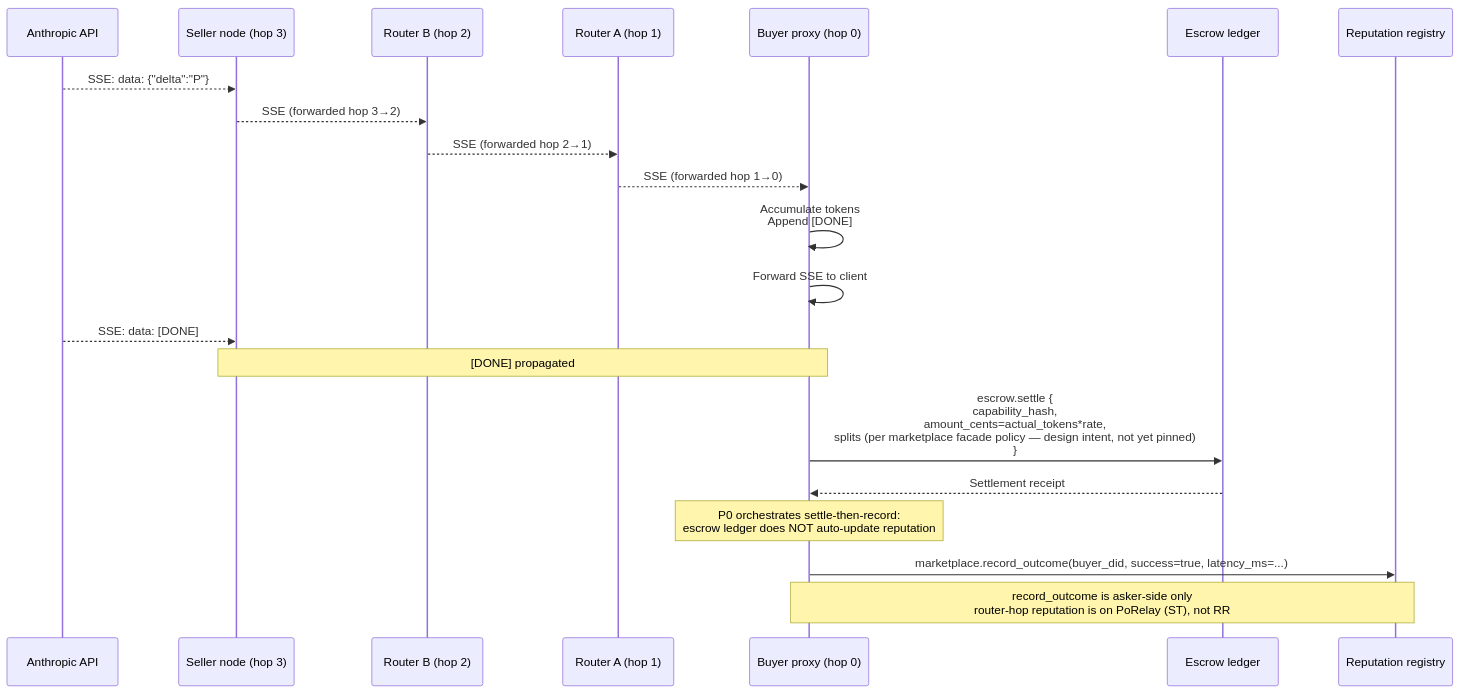
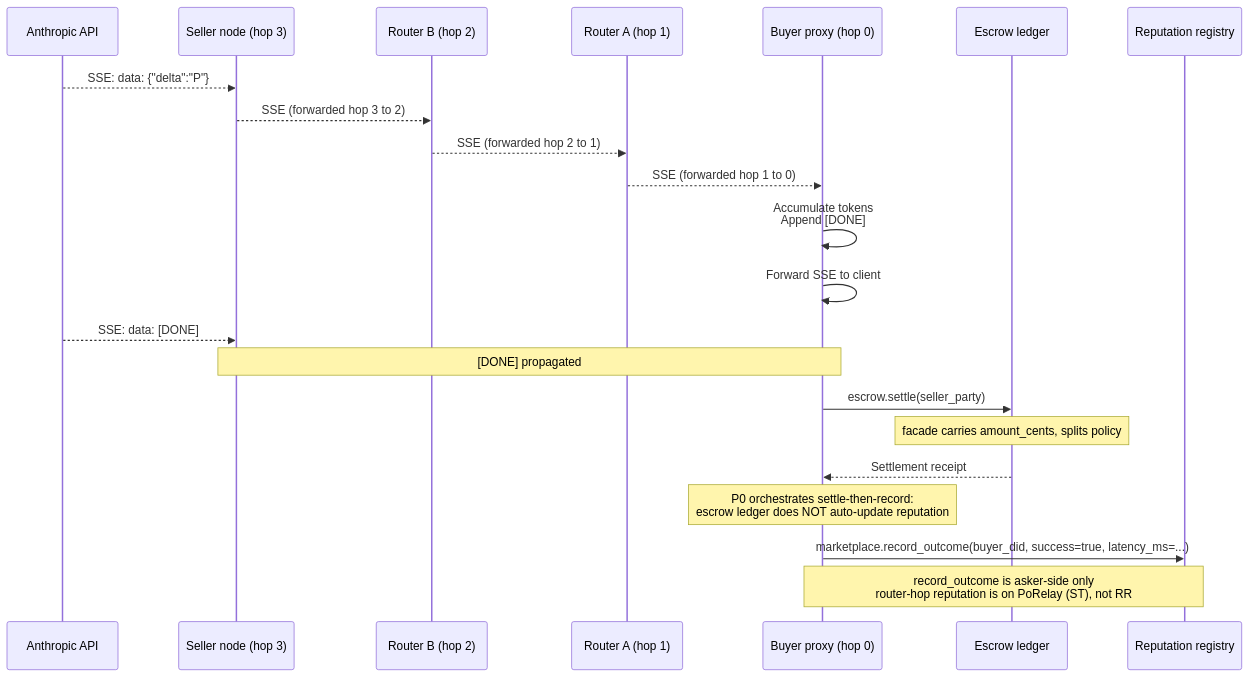
Before and after one commit to CipherOcto/cipherocto: the tenth of 14 diagrams in docs/architecture/end-to-end-scenarios.md, drawn with Mermaid. The commit also changed other lines of this file, not shown here.

````diff
--- a/docs/architecture/end-to-end-scenarios.md
+++ b/docs/architecture/end-to-end-scenarios.md
@@ -431,26 +432,27 @@
 ```mermaid
 sequenceDiagram
     participant ANT as Anthropic API
     participant SN as Seller node (hop 3)
     participant P2 as Router B (hop 2)
     participant P1 as Router A (hop 1)
     participant P0 as Buyer proxy (hop 0)
     participant E as Escrow ledger
     participant RR as Reputation registry
 
     ANT-->>SN: SSE: data: {"delta":"P"}
-    SN-->>P2: SSE (forwarded hop 3→2)
-    P2-->>P1: SSE (forwarded hop 2→1)
-    P1-->>P0: SSE (forwarded hop 1→0)
+    SN-->>P2: SSE (forwarded hop 3 to 2)
+    P2-->>P1: SSE (forwarded hop 2 to 1)
+    P1-->>P0: SSE (forwarded hop 1 to 0)
     P0->>P0: Accumulate tokens<br/>Append [DONE]
     P0->>P0: Forward SSE to client
 
     ANT-->>SN: SSE: data: [DONE]
     Note over SN,P0: [DONE] propagated
 
-    P0->>E: escrow.settle {<br/>  capability_hash,<br/>  amount_cents=actual_tokens*rate,<br/>  splits (per marketplace facade policy — design intent, not yet pinned)<br/>}
+    P0->>E: escrow.settle(seller_party)
+    Note over E: facade carries amount_cents, splits policy
     E-->>P0: Settlement receipt
     Note over P0: P0 orchestrates settle-then-record:<br/>escrow ledger does NOT auto-update reputation
     P0->>RR: marketplace.record_outcome(buyer_did, success=true, latency_ms=...)
     Note over P0,RR: record_outcome is asker-side only<br/>router-hop reputation is on PoRelay (ST), not RR
 ```
````
